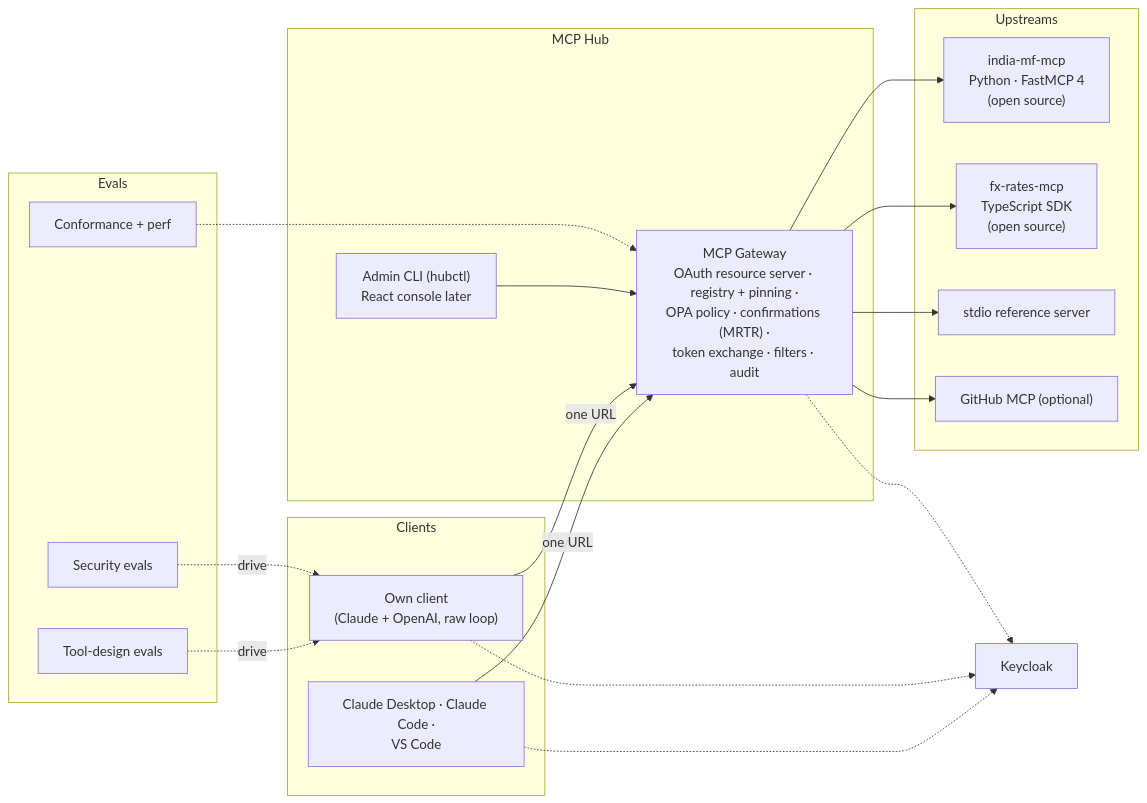
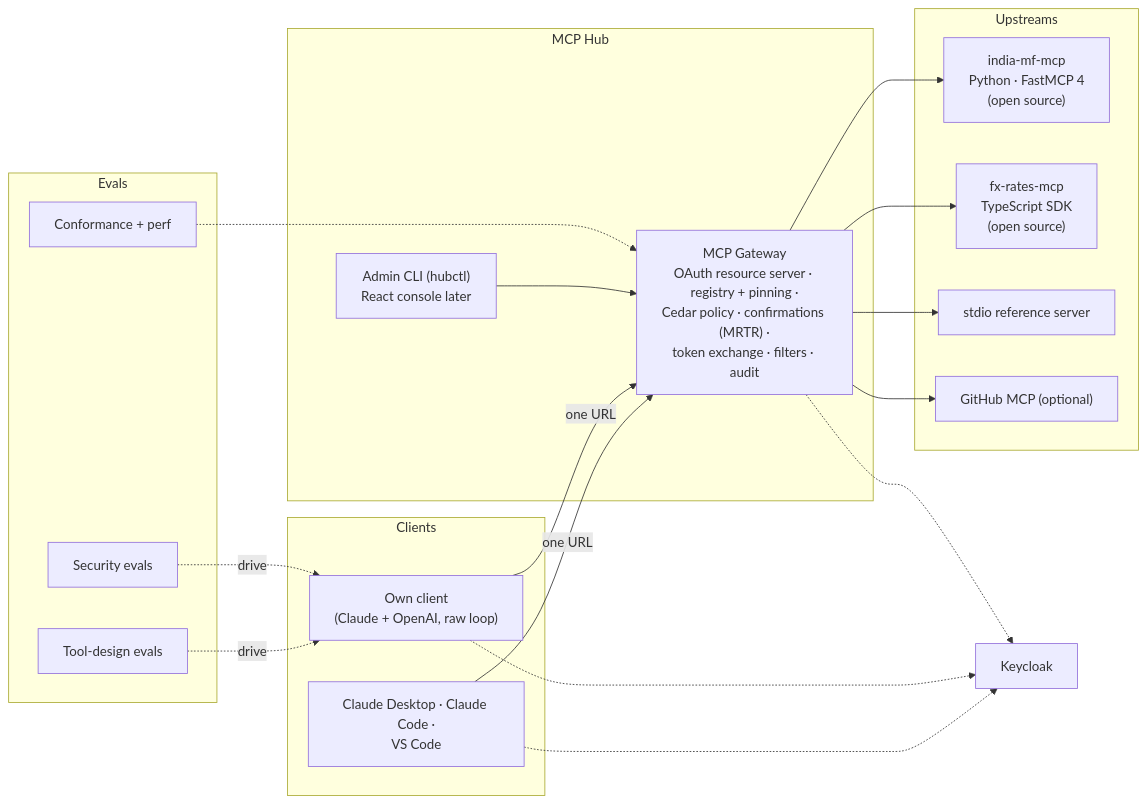
The diagram in projects/02-mcp-hub/README.md (pRiMeXoMeGa/AI-Learning-Projects), drawn with Mermaid before and after one commit. The commit also changed other lines of this file and 31 other files, not shown here.

````diff
--- a/projects/02-mcp-hub/README.md
+++ b/projects/02-mcp-hub/README.md
@@ -34,29 +35,29 @@
 ```mermaid
 flowchart LR
     subgraph Clients
         C1["Claude Desktop · Claude Code ·<br/>VS Code"]
         C2["Own client<br/>(Claude + OpenAI, raw loop)"]
     end
     subgraph Hub["MCP Hub"]
-        GW["MCP Gateway<br/>OAuth resource server · registry + pinning ·<br/>OPA policy · confirmations (MRTR) ·<br/>token exchange · filters · audit"]
+        GW["MCP Gateway<br/>OAuth resource server · registry + pinning ·<br/>Cedar policy · confirmations (MRTR) ·<br/>token exchange · filters · audit"]
         CON["Admin CLI (hubctl)<br/>React console later"]
     end
     subgraph Upstreams
         MF["india-mf-mcp<br/>Python · FastMCP 4<br/>(open source)"]
         FX["fx-rates-mcp<br/>TypeScript SDK<br/>(open source)"]
         REF["stdio reference server"]
         GH["GitHub MCP (optional)"]
     end
     KC["Keycloak"]
     subgraph Evals
         E1["Tool-design evals"]
         E2["Security evals"]
         E3["Conformance + perf"]
     end
     C1 & C2 -->|"one URL"| GW
     CON --> GW
     GW --> MF & FX & REF & GH
     C1 & C2 & GW -.-> KC
     E1 & E2 -.->|"drive"| C2
     E3 -.-> GW
 ```
````
